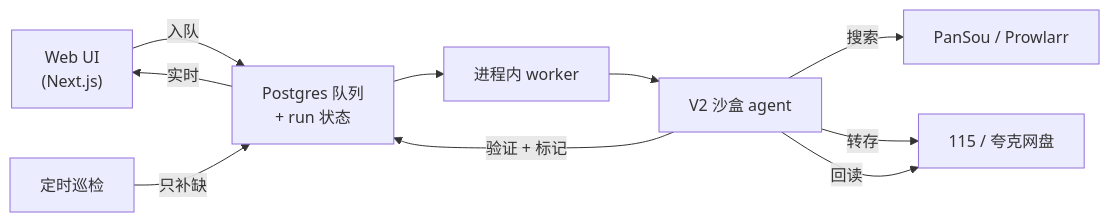
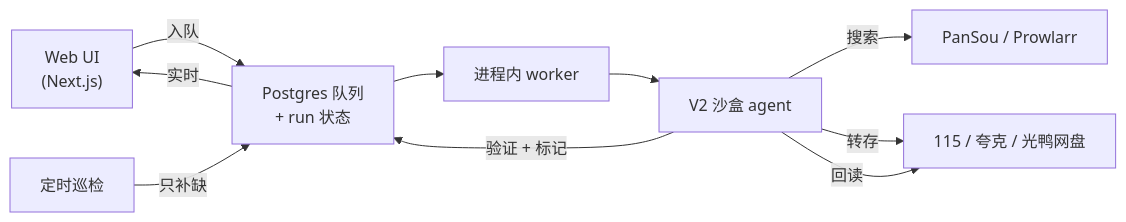
The diagram in README.zh-CN.md (xixjohan/mediary-scout), drawn with Mermaid before and after one commit. The commit also changed other lines of this file and 3 other files, not shown here.

````diff
--- a/README.zh-CN.md
+++ b/README.zh-CN.md
@@ -77,12 +77,12 @@
 ```mermaid
 flowchart LR
     UI["Web UI<br/>(Next.js)"] -->|入队| Q["Postgres 队列<br/>+ run 状态"]
     Q --> W["进程内 worker"]
     W --> AG["V2 沙盒 agent"]
     AG -->|搜索| SRC["PanSou / Prowlarr"]
-    AG -->|转存| DR["115 / 夸克网盘"]
+    AG -->|转存| DR["115 / 夸克 / 光鸭网盘"]
     AG -->|回读| DR
     AG -->|验证 + 标记| Q
     Q -->|实时| UI
     CRON["定时巡检"] -->|只补缺| Q
 ```
````
